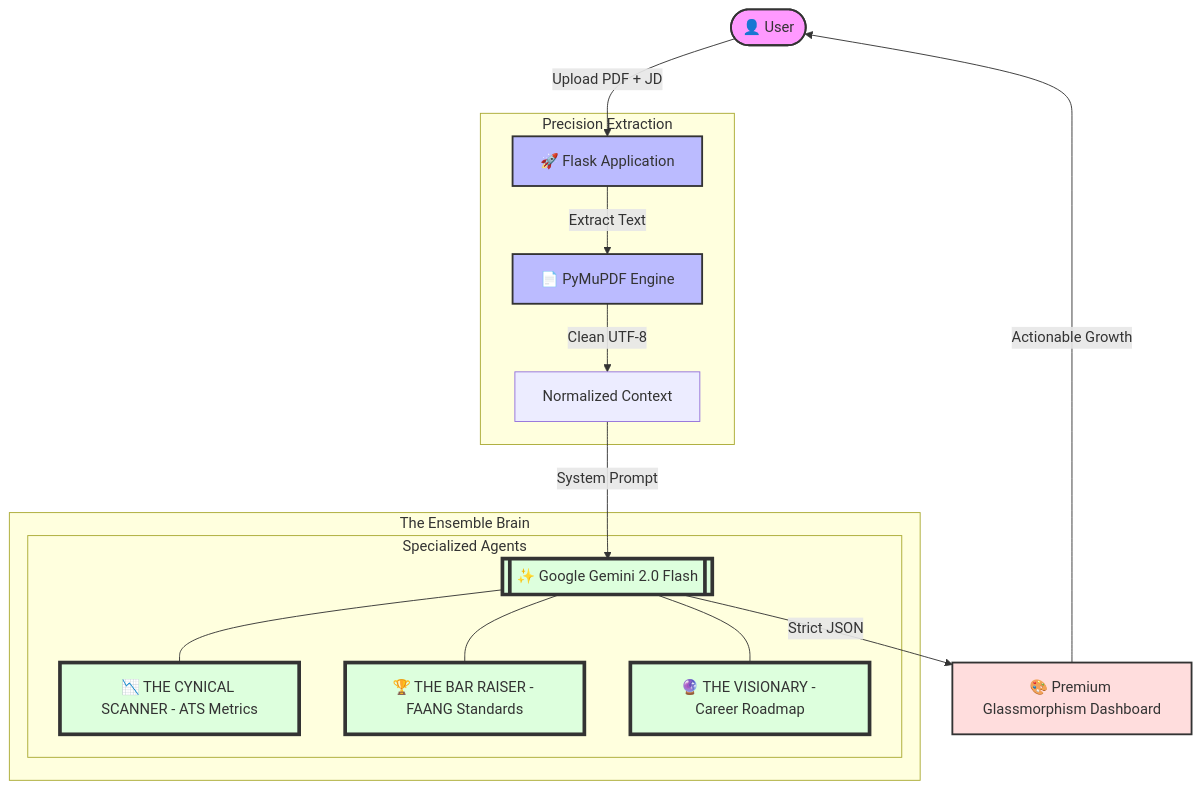
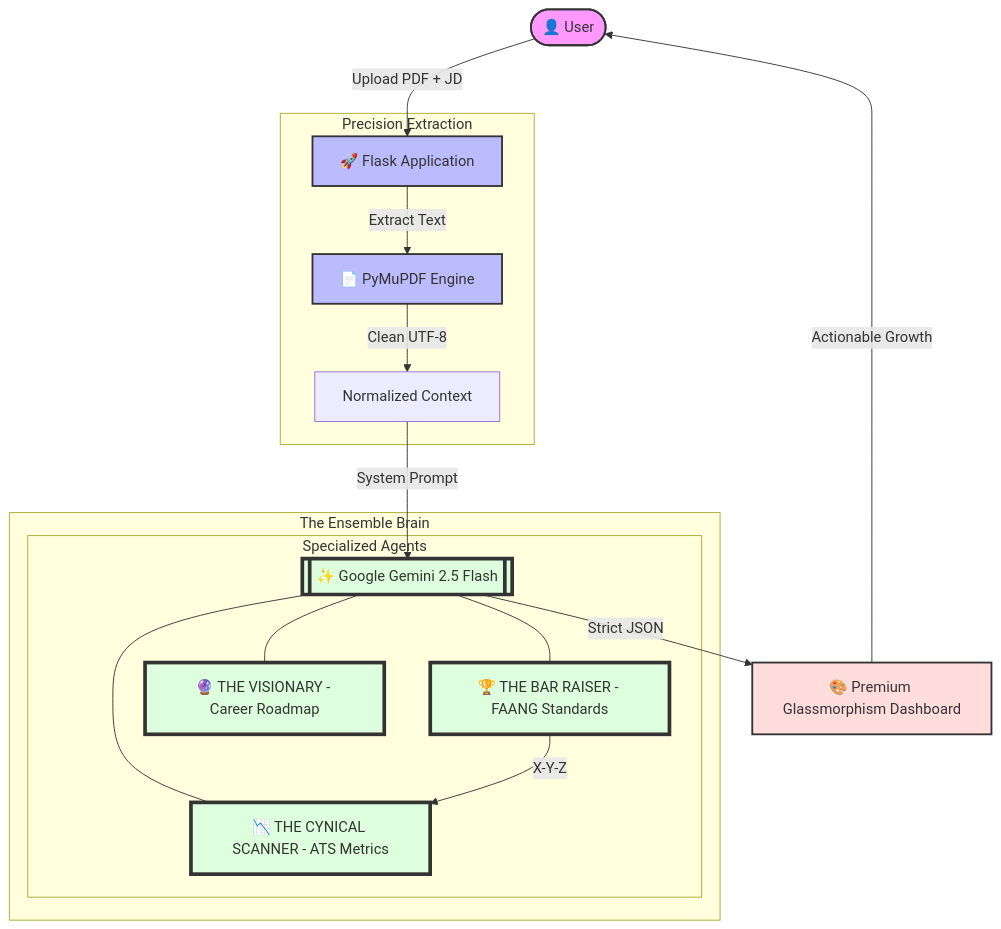
The diagram in README.md (ShreyaRHipparagi/ai-ats-resume-analyzer), drawn with Mermaid before and after one commit. The commit also changed other lines of this file, not shown here.

First line of the commit message:
Upgrade Google Gemini to version 2.5 and enhance README

````diff
--- a/README.md
+++ b/README.md
@@ -71,34 +81,35 @@
 ```mermaid
 graph TD
     %% Styling
     classDef user fill:#f9f,stroke:#333,stroke-width:2px;
     classDef engine fill:#bbf,stroke:#333,stroke-width:2px;
     classDef brain fill:#dfd,stroke:#333,stroke-width:4px;
     classDef out fill:#fdd,stroke:#333,stroke-width:2px;
 
     User([👤 User]) -->|Upload PDF + JD| Flask[🚀 Flask Application]
     
     subgraph Processing_Layer [Precision Extraction]
         Flask -->|Extract Text| PyMuPDF[📄 PyMuPDF Engine]
         PyMuPDF -->|Clean UTF-8| Normalized[Normalized Context]
     end
 
     subgraph Intelligence_Layer [The Ensemble Brain]
-        Normalized -->|System Prompt| Gemini[[✨ Google Gemini 2.0 Flash]]
+        Normalized -->|System Prompt| Gemini[[✨ Google Gemini 2.5 Flash]]
         
         subgraph Personas [Specialized Agents]
             Gemini --- P1[📉 THE CYNICAL SCANNER - ATS Metrics]
             Gemini --- P2[🏆 THE BAR RAISER - FAANG Standards]
+            P2 -->|X-Y-Z| P1
             Gemini --- P3[🔮 THE VISIONARY - Career Roadmap]
         end
     end
 
     Gemini -->|Strict JSON| Dashboard[🎨 Premium Glassmorphism Dashboard]
     Dashboard -->|Actionable Growth| User
 
     %% Styles
     class User user;
     class Flask,PyMuPDF engine;
     class Gemini,P1,P2,P3 brain;
     class Dashboard out;
 ```
````
